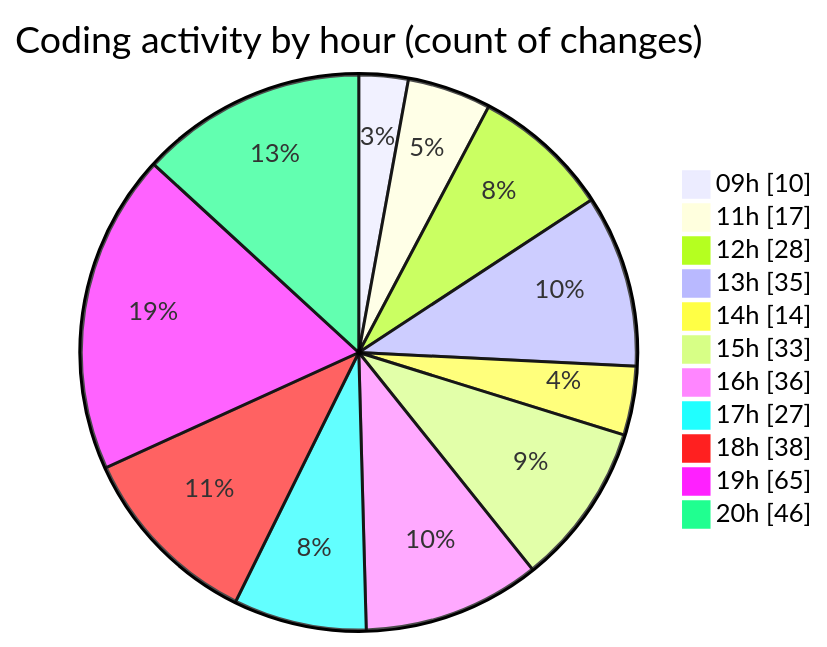
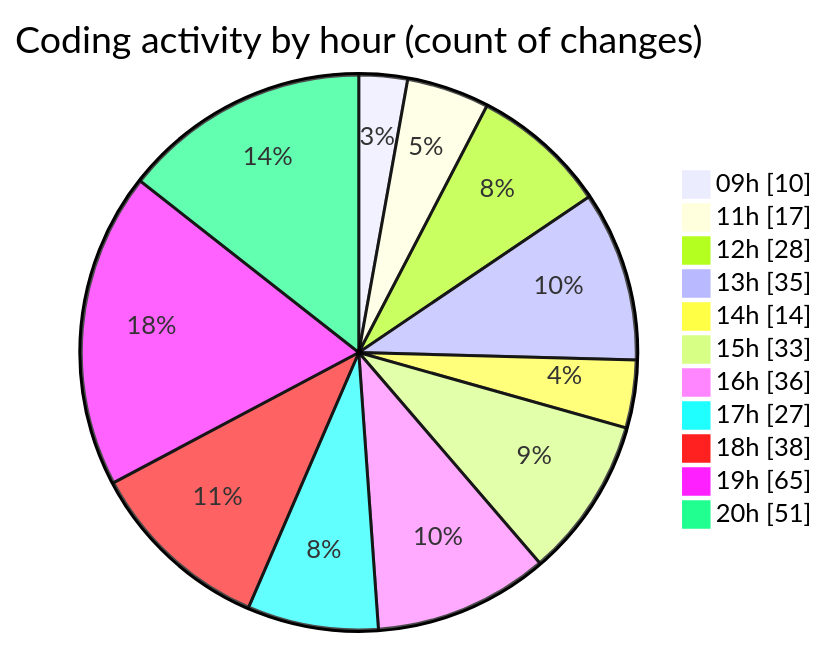
One commit to momahboobian/code-tracking changed the second of 2 diagrams in 2026-05-07/cda/README.md. Above: the diagram before and after it, drawn with Mermaid. The commit also changed other lines of this file and 1 other file, not shown here.

````diff
--- a/2026-05-07/cda/README.md
+++ b/2026-05-07/cda/README.md
@@ -65,15 +65,15 @@
 ```mermaid
 pie showData
 title Coding activity by hour (count of changes)
 "09h" : 10
 "11h" : 17
 "12h" : 28
 "13h" : 35
 "14h" : 14
 "15h" : 33
 "16h" : 36
 "17h" : 27
 "18h" : 38
 "19h" : 65
-"20h" : 46
+"20h" : 51
 ```
````
